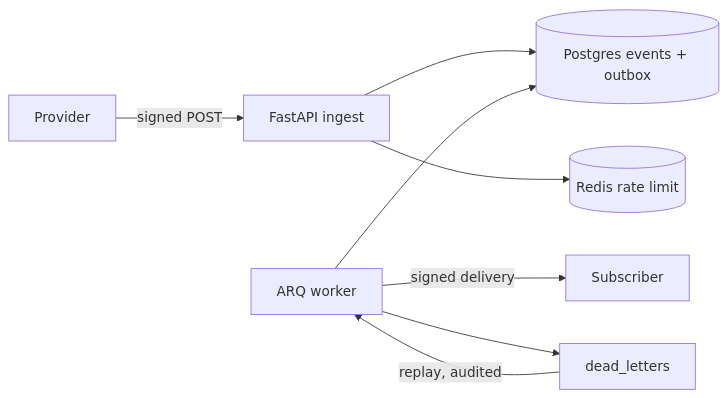
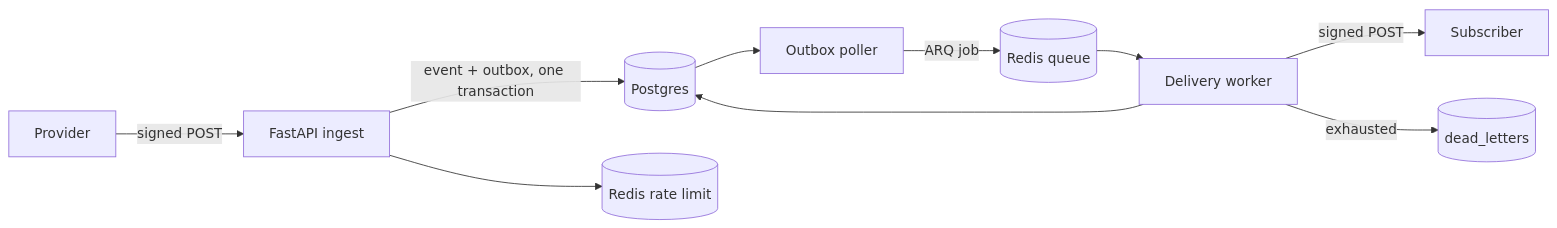
The diagram in README.md (supremeyuma/hookrelay), drawn with Mermaid before and after one commit. The commit also changed other lines of this file and 1 other file, not shown here.

Commit message:
docs: phase 3 delivery semantics and gate evidence

````diff
--- a/README.md
+++ b/README.md
@@ -30,10 +30,12 @@
 ```mermaid
 flowchart LR
   P[Provider] -->|signed POST| A[FastAPI ingest]
-  A --> D[(Postgres events + outbox)]
+  A -->|event + outbox, one transaction| D[(Postgres)]
   A --> R[(Redis rate limit)]
-  W[ARQ worker] --> D
-  W -->|signed delivery| S[Subscriber]
-  W --> DLQ[dead_letters]
-  DLQ -->|replay, audited| W
+  D --> PL[Outbox poller]
+  PL -->|ARQ job| Q[(Redis queue)]
+  Q --> W[Delivery worker]
+  W -->|signed POST| S[Subscriber]
+  W --> D
+  W -->|exhausted| DLQ[(dead_letters)]
 ```
````
